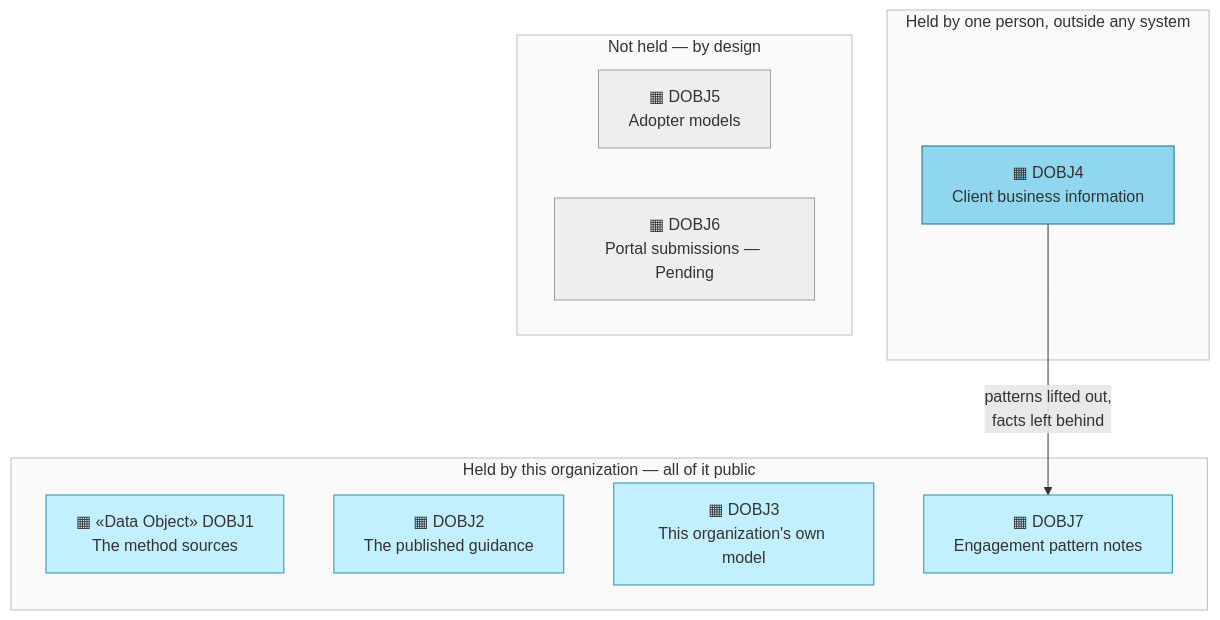
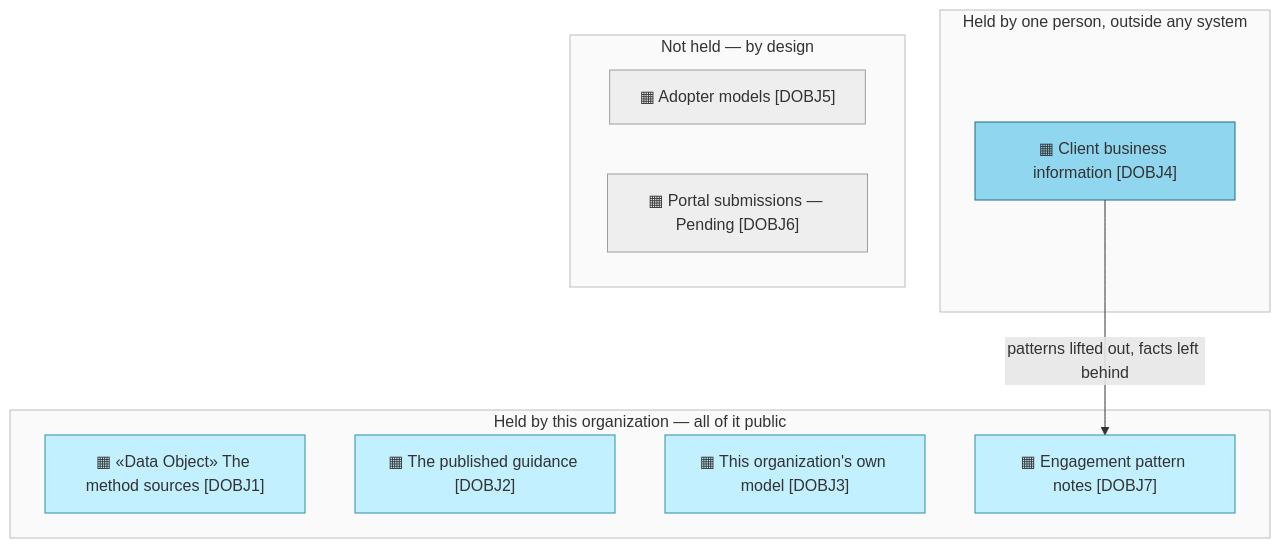
Before and after one commit to roanboc/architecture-archreator: the second of 2 diagrams in org-archreator/architecture/3_information/1_data-objects.md, drawn with Mermaid. The commit also changed other lines of this file and 38 other files, not shown here.

````diff
--- a/org-archreator/architecture/3_information/1_data-objects.md
+++ b/org-archreator/architecture/3_information/1_data-objects.md
@@ -38,27 +38,27 @@
 ```mermaid
 flowchart TB
   subgraph HELD["Held by this organization — all of it public"]
-    dobj1["▦ «Data Object» DOBJ1<br>The method sources"]:::data
-    dobj2["▦ DOBJ2<br>The published guidance"]:::data
-    dobj3["▦ DOBJ3<br>This organization's own model"]:::data
-    dobj7x["▦ DOBJ7<br>Engagement pattern notes"]:::data
+    dobj1["▦ «Data Object» The method sources [DOBJ1]"]:::data
+    dobj2["▦ The published guidance [DOBJ2]"]:::data
+    dobj3["▦ This organization's own model [DOBJ3]"]:::data
+    dobj7x["▦ Engagement pattern notes [DOBJ7]"]:::data
   end
 
   subgraph PRIVATE["Held by one person, outside any system"]
-    dobj4["▦ DOBJ4<br>Client business information"]:::confidential
+    dobj4["▦ Client business information [DOBJ4]"]:::confidential
   end
 
-  dobj4 -->|patterns lifted out,<br>facts left behind| dobj7x
+  dobj4 -->|patterns lifted out, facts left behind| dobj7x
 
   subgraph NOTHELD["Not held — by design"]
-    dobj5["▦ DOBJ5<br>Adopter models"]:::absent
-    dobj6["▦ DOBJ6<br>Portal submissions — Pending"]:::absent
+    dobj5["▦ Adopter models [DOBJ5]"]:::absent
+    dobj6["▦ Portal submissions — Pending [DOBJ6]"]:::absent
   end
 
   classDef data fill:#c2f0ff,stroke:#2a8fb0,color:#333
   classDef confidential fill:#8fd6ee,stroke:#1a6f8c,color:#333
   classDef absent fill:#eeeeee,stroke:#9e9e9e,color:#333
   style HELD fill:#fafafa,stroke:#bdbdbd,color:#333
   style PRIVATE fill:#fafafa,stroke:#bdbdbd,color:#333
   style NOTHELD fill:#fafafa,stroke:#bdbdbd,color:#333
 ```
````
